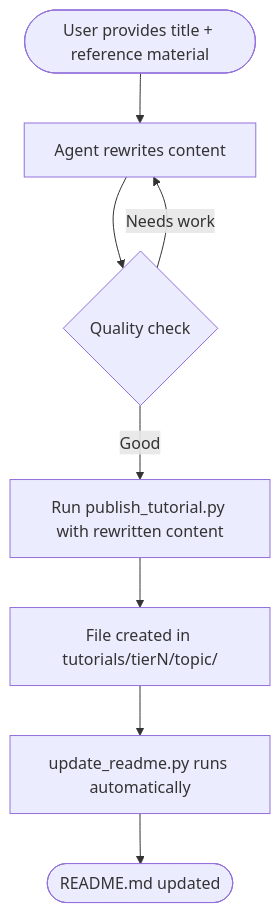
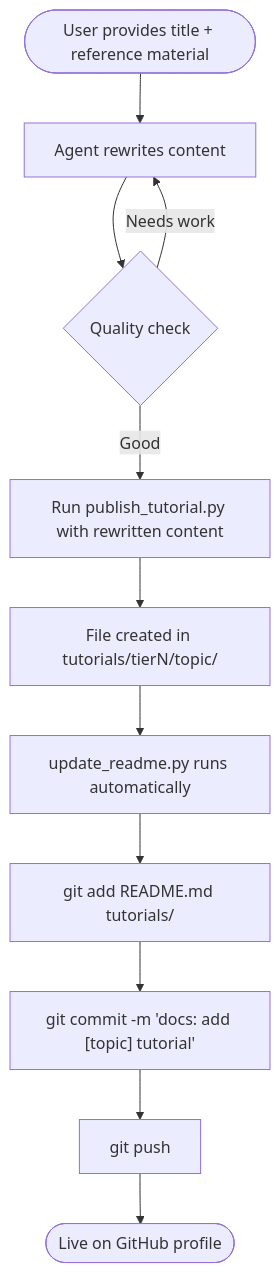
Before and after one commit to boycececil666gmailcom/boycececil666gmailcom: the second of 2 diagrams in .copilot/skills/publish-tutorial/SKILL.md, drawn with Mermaid. The commit also changed other lines of this file and 1 other file, not shown here.

Commit message:
feat: update skills to include git push as mandatory final step

````diff
--- a/.copilot/skills/publish-tutorial/SKILL.md
+++ b/.copilot/skills/publish-tutorial/SKILL.md
@@ -73,10 +76,13 @@
 ```mermaid
 flowchart TD
     A([User provides title + reference material]) --> B[Agent rewrites content]
     B --> C{Quality check}
     C -- Good --> D[Run publish_tutorial.py with rewritten content]
     C -- Needs work --> B
     D --> E[File created in tutorials/tierN/topic/]
     E --> F[update_readme.py runs automatically]
-    F --> G([README.md updated])
+    F --> G[git add README.md tutorials/]
+    G --> H["git commit -m 'docs: add [topic] tutorial'"]
+    H --> I[git push]
+    I --> J([Live on GitHub profile])
 ```
````
